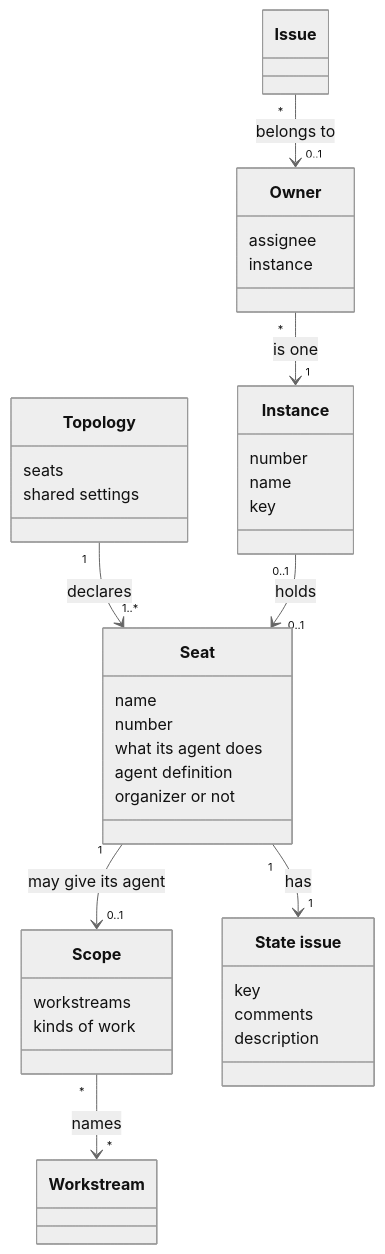
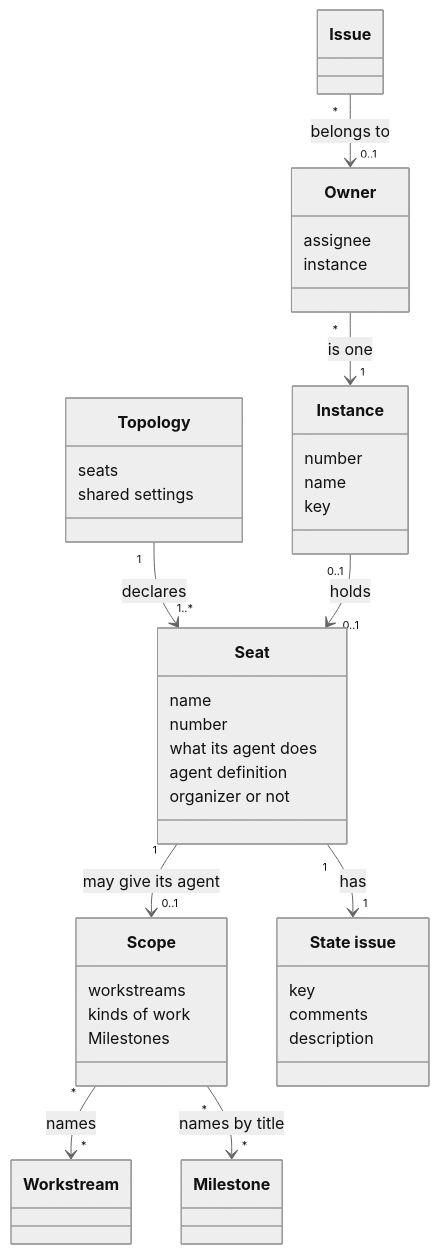
The first of 3 diagrams in tech-docs/analysis/project-management/domain-model/060-parallel-work.md (aleskalfas/project-kit), drawn with Mermaid (neutral theme) before and after one commit. The commit also changed other lines of this file and 5 other files, not shown here.

First line of the commit message:
docs(project-management): describe a scope that names milestones

````diff
--- a/tech-docs/analysis/project-management/domain-model/060-parallel-work.md
+++ b/tech-docs/analysis/project-management/domain-model/060-parallel-work.md
@@ -39,43 +39,46 @@
 ```mermaid
 classDiagram
   accTitle: Parallel work
-  accDescr: A topology declares seats, and the settings the seats share. A seat may give the seat's agent a scope, which names workstreams and kinds of work. A seat has one state issue, keyed by the seat's name. An instance holds at most one seat, and takes the seat's name and number. An issue belongs to at most one owner, which is one instance, paired with the issue's assignee.
+  accDescr: A topology declares seats, and the settings the seats share. A seat may give the seat's agent a scope, which names workstreams, kinds of work and Milestones. A seat has one state issue, keyed by the seat's name. An instance holds at most one seat, and takes the seat's name and number. An issue belongs to at most one owner, which is one instance, paired with the issue's assignee.
   class Topology {
     seats
     shared settings
   }
   class Seat {
     name
     number
     what its agent does
     agent definition
     organizer or not
   }
   class Scope {
     workstreams
     kinds of work
+    Milestones
   }
   class Instance {
     number
     name
     key
   }
   class Owner {
     assignee
     instance
   }
   class StateIssue["State issue"] {
     key
     comments
     description
   }
   class Workstream
+  class Milestone
   class Issue
   Topology "1" --> "1..*" Seat : declares
   Seat "1" --> "0..1" Scope : may give its agent
   Seat "1" --> "1" StateIssue : has
   Instance "0..1" --> "0..1" Seat : holds
   Scope "*" --> "*" Workstream : names
+  Scope "*" --> "*" Milestone : names by title
   Owner "*" --> "1" Instance : is one
   Issue "*" --> "0..1" Owner : belongs to
 ```
````
